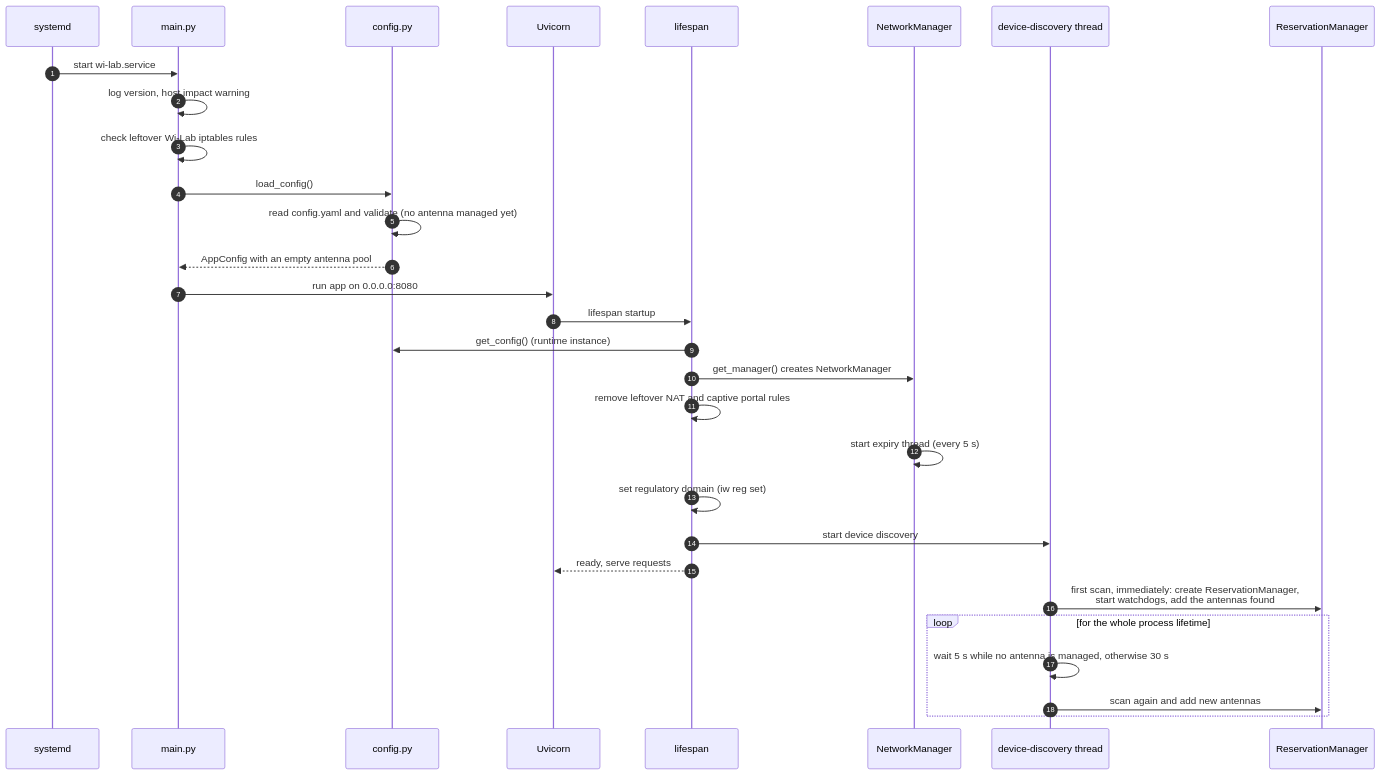
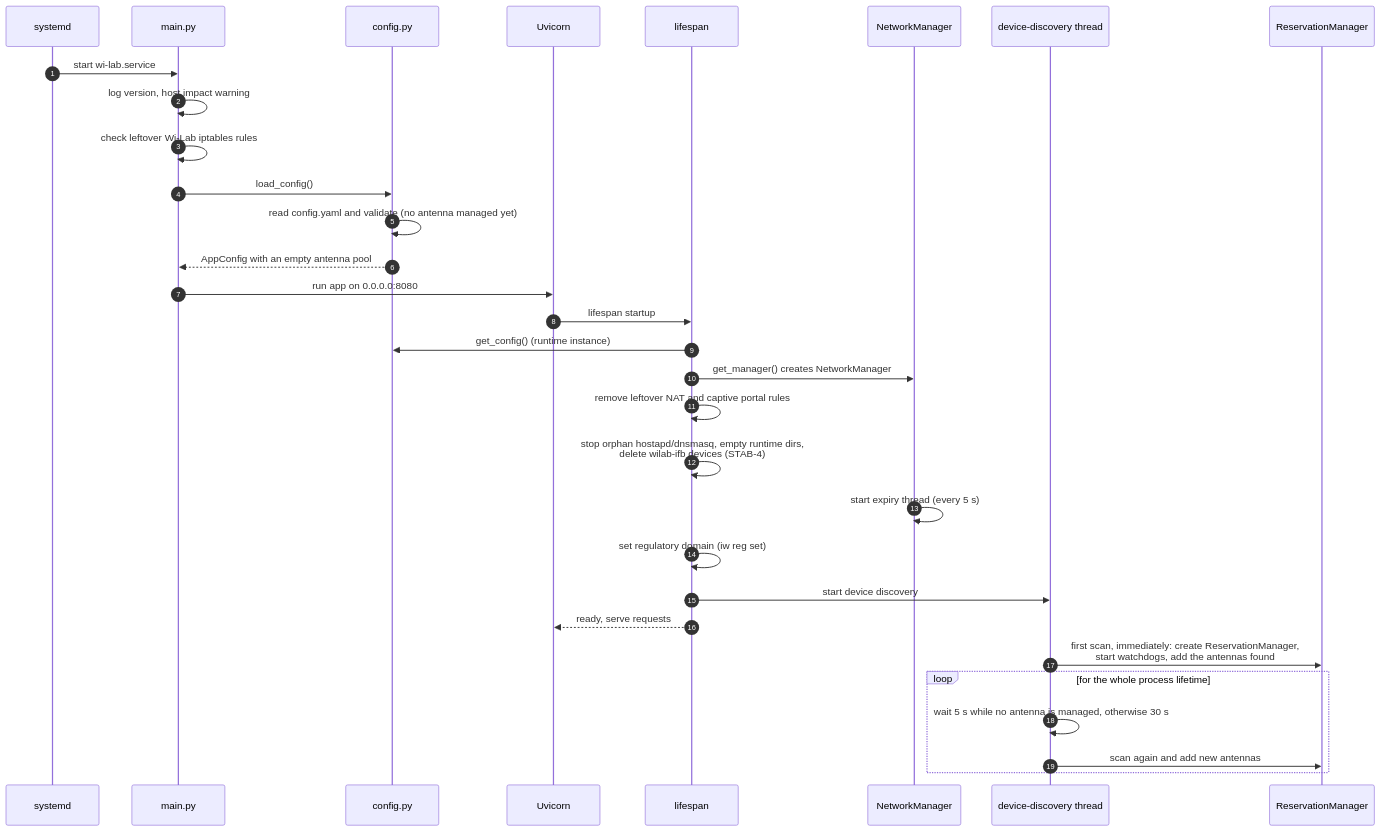
One commit to caporalesimone/wi-lab changed the second of 14 diagrams in docs/architecture.md. Above: the diagram before and after it, drawn with Mermaid. The commit also changed other lines of this file and 15 other files, not shown here.

````diff
--- a/docs/architecture.md
+++ b/docs/architecture.md
@@ -105,33 +105,34 @@
 ```mermaid
 sequenceDiagram
     autonumber
     participant SD as systemd
     participant M as main.py
     participant C as config.py
     participant U as Uvicorn
     participant L as lifespan
     participant NM as NetworkManager
     participant D as device-discovery thread
     participant RM as ReservationManager
 
     SD->>M: start wi-lab.service
     M->>M: log version, host impact warning
     M->>M: check leftover Wi-Lab iptables rules
     M->>C: load_config()
     C->>C: read config.yaml and validate (no antenna managed yet)
     C-->>M: AppConfig with an empty antenna pool
     M->>U: run app on 0.0.0.0:8080
     U->>L: lifespan startup
     L->>C: get_config() (runtime instance)
     L->>NM: get_manager() creates NetworkManager
     L->>L: remove leftover NAT and captive portal rules
+    L->>L: stop orphan hostapd/dnsmasq, empty runtime dirs,<br/>delete wilab-ifb devices (STAB-4)
     NM->>NM: start expiry thread (every 5 s)
     L->>L: set regulatory domain (iw reg set)
     L->>D: start device discovery
     L-->>U: ready, serve requests
     D->>RM: first scan, immediately: create ReservationManager,<br/>start watchdogs, add the antennas found
     loop for the whole process lifetime
         D->>D: wait 5 s while no antenna is managed, otherwise 30 s
         D->>RM: scan again and add new antennas
     end
 ```
````
